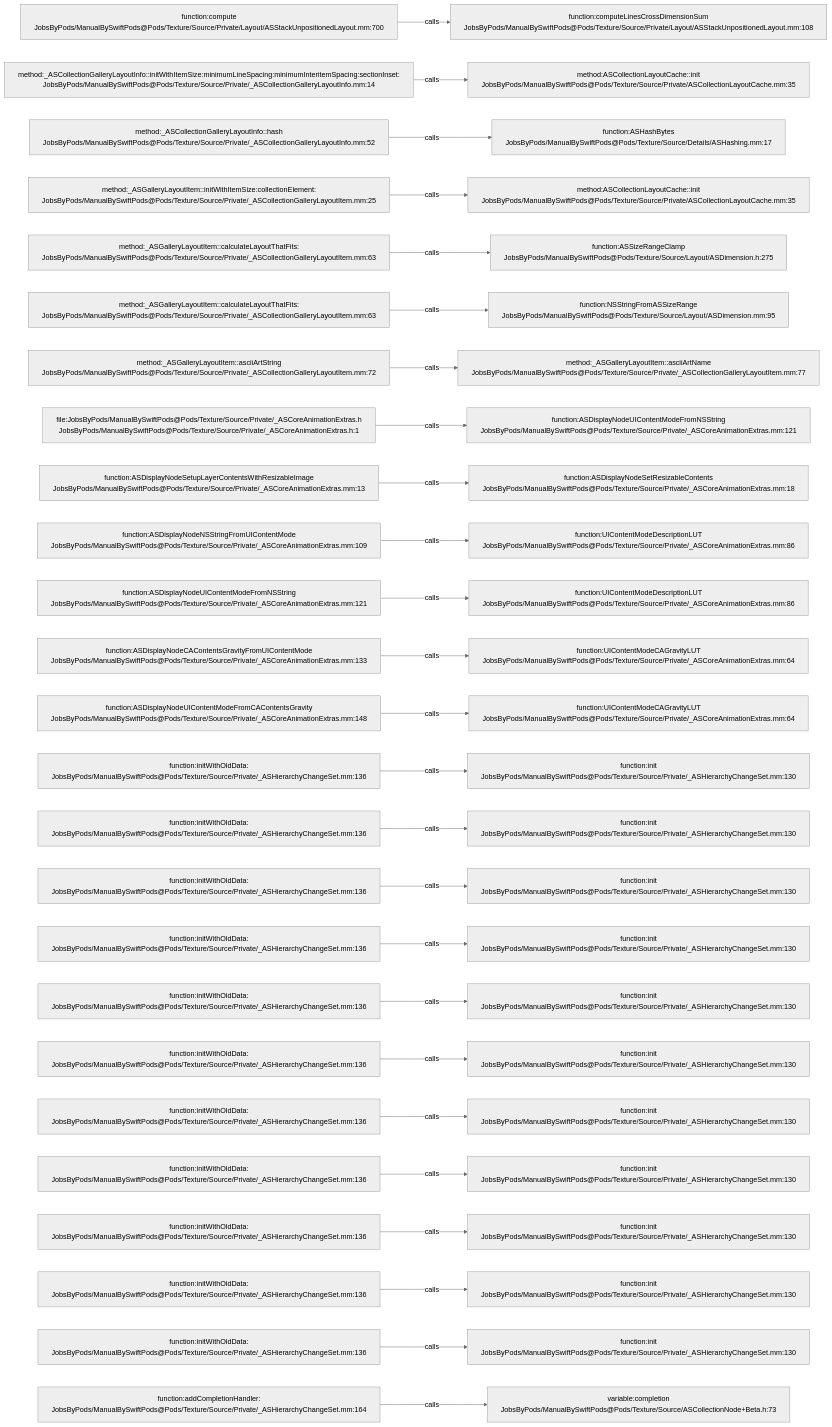
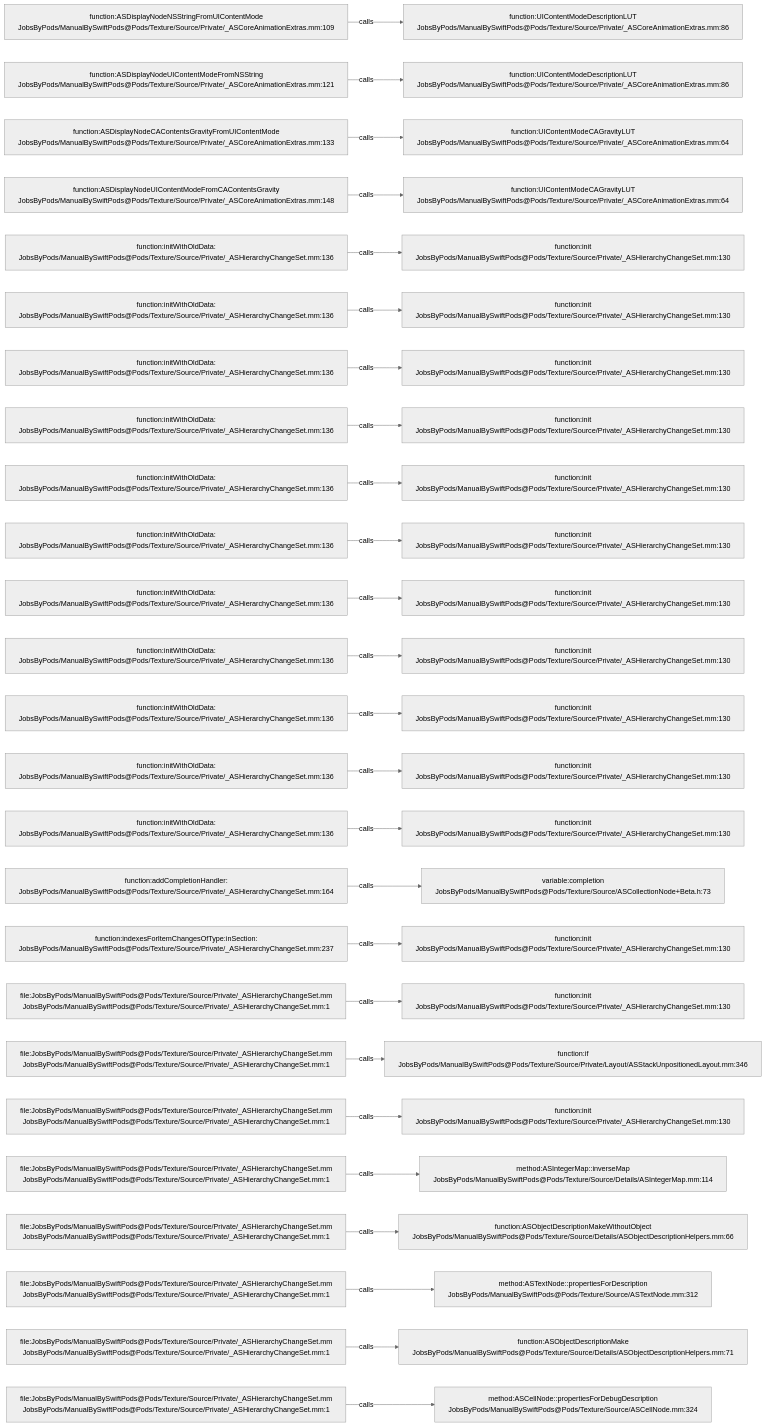
Before and after one commit to JobsKits/JobsSwiftBaseConfigDemo: the diagram in .codegraph/codegraph.md/graphs/calls-128.md, drawn with Mermaid (neutral theme). The commit also changed 707 other files, not shown here.

````diff
--- a/.codegraph/codegraph.md/graphs/calls-128.md
+++ b/.codegraph/codegraph.md/graphs/calls-128.md
@@ -13,78 +13,78 @@
 ```mermaid
 flowchart LR
-  S1["function:compute<br/>JobsByPods/ManualBySwiftPods@Pods/Texture/Source/Private/Layout/ASStackUnpositionedLayout.mm:700"]
-  T1["function:computeLinesCrossDimensionSum<br/>JobsByPods/ManualBySwiftPods@Pods/Texture/Source/Private/Layout/ASStackUnpositionedLayout.mm:108"]
+  S1["function:ASDisplayNodeNSStringFromUIContentMode<br/>JobsByPods/ManualBySwiftPods@Pods/Texture/Source/Private/_ASCoreAnimationExtras.mm:109"]
+  T1["function:UIContentModeDescriptionLUT<br/>JobsByPods/ManualBySwiftPods@Pods/Texture/Source/Private/_ASCoreAnimationExtras.mm:86"]
   S1 -->|calls| T1
-  S2["method:_ASCollectionGalleryLayoutInfo::initWithItemSize:minimumLineSpacing:minimumInteritemSpacing:sectionInset:<br/>JobsByPods/ManualBySwiftPods@Pods/Texture/Source/Private/_ASCollectionGalleryLayoutInfo.mm:14"]
-  T2["method:ASCollectionLayoutCache::init<br/>JobsByPods/ManualBySwiftPods@Pods/Texture/Source/Private/ASCollectionLayoutCache.mm:35"]
+  S2["function:ASDisplayNodeUIContentModeFromNSString<br/>JobsByPods/ManualBySwiftPods@Pods/Texture/Source/Private/_ASCoreAnimationExtras.mm:121"]
+  T2["function:UIContentModeDescriptionLUT<br/>JobsByPods/ManualBySwiftPods@Pods/Texture/Source/Private/_ASCoreAnimationExtras.mm:86"]
   S2 -->|calls| T2
-  S3["method:_ASCollectionGalleryLayoutInfo::hash<br/>JobsByPods/ManualBySwiftPods@Pods/Texture/Source/Private/_ASCollectionGalleryLayoutInfo.mm:52"]
-  T3["function:ASHashBytes<br/>JobsByPods/ManualBySwiftPods@Pods/Texture/Source/Details/ASHashing.mm:17"]
+  S3["function:ASDisplayNodeCAContentsGravityFromUIContentMode<br/>JobsByPods/ManualBySwiftPods@Pods/Texture/Source/Private/_ASCoreAnimationExtras.mm:133"]
+  T3["function:UIContentModeCAGravityLUT<br/>JobsByPods/ManualBySwiftPods@Pods/Texture/Source/Private/_ASCoreAnimationExtras.mm:64"]
   S3 -->|calls| T3
-  S4["method:_ASGalleryLayoutItem::initWithItemSize:collectionElement:<br/>JobsByPods/ManualBySwiftPods@Pods/Texture/Source/Private/_ASCollectionGalleryLayoutItem.mm:25"]
-  T4["method:ASCollectionLayoutCache::init<br/>JobsByPods/ManualBySwiftPods@Pods/Texture/Source/Private/ASCollectionLayoutCache.mm:35"]
+  S4["function:ASDisplayNodeUIContentModeFromCAContentsGravity<br/>JobsByPods/ManualBySwiftPods@Pods/Texture/Source/Private/_ASCoreAnimationExtras.mm:148"]
+  T4["function:UIContentModeCAGravityLUT<br/>JobsByPods/ManualBySwiftPods@Pods/Texture/Source/Private/_ASCoreAnimationExtras.mm:64"]
   S4 -->|calls| T4
-  S5["method:_ASGalleryLayoutItem::calculateLayoutThatFits:<br/>JobsByPods/ManualBySwiftPods@Pods/Texture/Source/Private/_ASCollectionGalleryLayoutItem.mm:63"]
-  T5["function:ASSizeRangeClamp<br/>JobsByPods/ManualBySwiftPods@Pods/Texture/Source/Layout/ASDimension.h:275"]
+  S5["function:initWithOldData:<br/>JobsByPods/ManualBySwiftPods@Pods/Texture/Source/Private/_ASHierarchyChangeSet.mm:136"]
+  T5["function:init<br/>JobsByPods/ManualBySwiftPods@Pods/Texture/Source/Private/_ASHierarchyChangeSet.mm:130"]
   S5 -->|calls| T5
-  S6["method:_ASGalleryLayoutItem::calculateLayoutThatFits:<br/>JobsByPods/ManualBySwiftPods@Pods/Texture/Source/Private/_ASCollectionGalleryLayoutItem.mm:63"]
-  T6["function:NSStringFromASSizeRange<br/>JobsByPods/ManualBySwiftPods@Pods/Texture/Source/Layout/ASDimension.mm:95"]
+  S6["function:initWithOldData:<br/>JobsByPods/ManualBySwiftPods@Pods/Texture/Source/Private/_ASHierarchyChangeSet.mm:136"]
+  T6["function:init<br/>JobsByPods/ManualBySwiftPods@Pods/Texture/Source/Private/_ASHierarchyChangeSet.mm:130"]
   S6 -->|calls| T6
-  S7["method:_ASGalleryLayoutItem::asciiArtString<br/>JobsByPods/ManualBySwiftPods@Pods/Texture/Source/Private/_ASCollectionGalleryLayoutItem.mm:72"]
-  T7["method:_ASGalleryLayoutItem::asciiArtName<br/>JobsByPods/ManualBySwiftPods@Pods/Texture/Source/Private/_ASCollectionGalleryLayoutItem.mm:77"]
+  S7["function:initWithOldData:<br/>JobsByPods/ManualBySwiftPods@Pods/Texture/Source/Private/_ASHierarchyChangeSet.mm:136"]
+  T7["function:init<br/>JobsByPods/ManualBySwiftPods@Pods/Texture/Source/Private/_ASHierarchyChangeSet.mm:130"]
   S7 -->|calls| T7
-  S8["file:JobsByPods/ManualBySwiftPods@Pods/Texture/Source/Private/_ASCoreAnimationExtras.h<br/>JobsByPods/ManualBySwiftPods@Pods/Texture/Source/Private/_ASCoreAnimationExtras.h:1"]
-  T8["function:ASDisplayNodeUIContentModeFromNSString<br/>JobsByPods/ManualBySwiftPods@Pods/Texture/Source/Private/_ASCoreAnimationExtras.mm:121"]
+  S8["function:initWithOldData:<br/>JobsByPods/ManualBySwiftPods@Pods/Texture/Source/Private/_ASHierarchyChangeSet.mm:136"]
+  T8["function:init<br/>JobsByPods/ManualBySwiftPods@Pods/Texture/Source/Private/_ASHierarchyChangeSet.mm:130"]
   S8 -->|calls| T8
-  S9["function:ASDisplayNodeSetupLayerContentsWithResizableImage<br/>JobsByPods/ManualBySwiftPods@Pods/Texture/Source/Private/_ASCoreAnimationExtras.mm:13"]
-  T9["function:ASDisplayNodeSetResizableContents<br/>JobsByPods/ManualBySwiftPods@Pods/Texture/Source/Private/_ASCoreAnimationExtras.mm:18"]
+  S9["function:initWithOldData:<br/>JobsByPods/ManualBySwiftPods@Pods/Texture/Source/Private/_ASHierarchyChangeSet.mm:136"]
+  T9["function:init<br/>JobsByPods/ManualBySwiftPods@Pods/Texture/Source/Private/_ASHierarchyChangeSet.mm:130"]
   S9 -->|calls| T9
-  S10["function:ASDisplayNodeNSStringFromUIContentMode<br/>JobsByPods/ManualBySwiftPods@Pods/Texture/Source/Private/_ASCoreAnimationExtras.mm:109"]
-  T10["function:UIContentModeDescriptionLUT<br/>JobsByPods/ManualBySwiftPods@Pods/Texture/Source/Private/_ASCoreAnimationExtras.mm:86"]
+  S10["function:initWithOldData:<br/>JobsByPods/ManualBySwiftPods@Pods/Texture/Source/Private/_ASHierarchyChangeSet.mm:136"]
+  T10["function:init<br/>JobsByPods/ManualBySwiftPods@Pods/Texture/Source/Private/_ASHierarchyChangeSet.mm:130"]
   S10 -->|calls| T10
-  S11["function:ASDisplayNodeUIContentModeFromNSString<br/>JobsByPods/ManualBySwiftPods@Pods/Texture/Source/Private/_ASCoreAnimationExtras.mm:121"]
-  T11["function:UIContentModeDescriptionLUT<br/>JobsByPods/ManualBySwiftPods@Pods/Texture/Source/Private/_ASCoreAnimationExtras.mm:86"]
+  S11["function:initWithOldData:<br/>JobsByPods/ManualBySwiftPods@Pods/Texture/Source/Private/_ASHierarchyChangeSet.mm:136"]
+  T11["function:init<br/>JobsByPods/ManualBySwiftPods@Pods/Texture/Source/Private/_ASHierarchyChangeSet.mm:130"]
   S11 -->|calls| T11
-  S12["function:ASDisplayNodeCAContentsGravityFromUIContentMode<br/>JobsByPods/ManualBySwiftPods@Pods/Texture/Source/Private/_ASCoreAnimationExtras.mm:133"]
-  T12["function:UIContentModeCAGravityLUT<br/>JobsByPods/ManualBySwiftPods@Pods/Texture/Source/Private/_ASCoreAnimationExtras.mm:64"]
+  S12["function:initWithOldData:<br/>JobsByPods/ManualBySwiftPods@Pods/Texture/Source/Private/_ASHierarchyChangeSet.mm:136"]
+  T12["function:init<br/>JobsByPods/ManualBySwiftPods@Pods/Texture/Source/Private/_ASHierarchyChangeSet.mm:130"]
   S12 -->|calls| T12
-  S13["function:ASDisplayNodeUIContentModeFromCAContentsGravity<br/>JobsByPods/ManualBySwiftPods@Pods/Texture/Source/Private/_ASCoreAnimationExtras.mm:148"]
-  T13["function:UIContentModeCAGravityLUT<br/>JobsByPods/ManualBySwiftPods@Pods/Texture/Source/Private/_ASCoreAnimationExtras.mm:64"]
+  S13["function:initWithOldData:<br/>JobsByPods/ManualBySwiftPods@Pods/Texture/Source/Private/_ASHierarchyChangeSet.mm:136"]
+  T13["function:init<br/>JobsByPods/ManualBySwiftPods@Pods/Texture/Source/Private/_ASHierarchyChangeSet.mm:130"]
   S13 -->|calls| T13
   S14["function:initWithOldData:<br/>JobsByPods/ManualBySwiftPods@Pods/Texture/Source/Private/_ASHierarchyChangeSet.mm:136"]
   T14["function:init<br/>JobsByPods/ManualBySwiftPods@Pods/Texture/Source/Private/_ASHierarchyChangeSet.mm:130"]
   S14 -->|calls| T14
   S15["function:initWithOldData:<br/>JobsByPods/ManualBySwiftPods@Pods/Texture/Source/Private/_ASHierarchyChangeSet.mm:136"]
   T15["function:init<br/>JobsByPods/ManualBySwiftPods@Pods/Texture/Source/Private/_ASHierarchyChangeSet.mm:130"]
   S15 -->|calls| T15
-  S16["function:initWithOldData:<br/>JobsByPods/ManualBySwiftPods@Pods/Texture/Source/Private/_ASHierarchyChangeSet.mm:136"]
-  T16["function:init<br/>JobsByPods/ManualBySwiftPods@Pods/Texture/Source/Private/_ASHierarchyChangeSet.mm:130"]
+  S16["function:addCompletionHandler:<br/>JobsByPods/ManualBySwiftPods@Pods/Texture/Source/Private/_ASHierarchyChangeSet.mm:164"]
+  T16["variable:completion<br/>JobsByPods/ManualBySwiftPods@Pods/Texture/Source/ASCollectionNode+Beta.h:73"]
   S16 -->|calls| T16
-  S17["function:initWithOldData:<br/>JobsByPods/ManualBySwiftPods@Pods/Texture/Source/Private/_ASHierarchyChangeSet.mm:136"]
+  S17["function:indexesForItemChangesOfType:inSection:<br/>JobsByPods/ManualBySwiftPods@Pods/Texture/Source/Private/_ASHierarchyChangeSet.mm:237"]
   T17["function:init<br/>JobsByPods/ManualBySwiftPods@Pods/Texture/Source/Private/_ASHierarchyChangeSet.mm:130"]
   S17 -->|calls| T17
-  S18["function:initWithOldData:<br/>JobsByPods/ManualBySwiftPods@Pods/Texture/Source/Private/_ASHierarchyChangeSet.mm:136"]
+  S18["file:JobsByPods/ManualBySwiftPods@Pods/Texture/Source/Private/_ASHierarchyChangeSet.mm<br/>JobsByPods/ManualBySwiftPods@Pods/Texture/Source/Private/_ASHierarchyChangeSet.mm:1"]
   T18["function:init<br/>JobsByPods/ManualBySwiftPods@Pods/Texture/Source/Private/_ASHierarchyChangeSet.mm:130"]
   S18 -->|calls| T18
-  S19["function:initWithOldData:<br/>JobsByPods/ManualBySwiftPods@Pods/Texture/Source/Private/_ASHierarchyChangeSet.mm:136"]
-  T19["function:init<br/>JobsByPods/ManualBySwiftPods@Pods/Texture/Source/Private/_ASHierarchyChangeSet.mm:130"]
+  S19["file:JobsByPods/ManualBySwiftPods@Pods/Texture/Source/Private/_ASHierarchyChangeSet.mm<br/>JobsByPods/ManualBySwiftPods@Pods/Texture/Source/Private/_ASHierarchyChangeSet.mm:1"]
+  T19["function:if<br/>JobsByPods/ManualBySwiftPods@Pods/Texture/Source/Private/Layout/ASStackUnpositionedLayout.mm:346"]
   S19 -->|calls| T19
-  S20["function:initWithOldData:<br/>JobsByPods/ManualBySwiftPods@Pods/Texture/Source/Private/_ASHierarchyChangeSet.mm:136"]
+  S20["file:JobsByPods/ManualBySwiftPods@Pods/Texture/Source/Private/_ASHierarchyChangeSet.mm<br/>JobsByPods/ManualBySwiftPods@Pods/Texture/Source/Private/_ASHierarchyChangeSet.mm:1"]
   T20["function:init<br/>JobsByPods/ManualBySwiftPods@Pods/Texture/Source/Private/_ASHierarchyChangeSet.mm:130"]
   S20 -->|calls| T20
-  S21["function:initWithOldData:<br/>JobsByPods/ManualBySwiftPods@Pods/Texture/Source/Private/_ASHierarchyChangeSet.mm:136"]
-  T21["function:init<br/>JobsByPods/ManualBySwiftPods@Pods/Texture/Source/Private/_ASHierarchyChangeSet.mm:130"]
+  S21["file:JobsByPods/ManualBySwiftPods@Pods/Texture/Source/Private/_ASHierarchyChangeSet.mm<br/>JobsByPods/ManualBySwiftPods@Pods/Texture/Source/Private/_ASHierarchyChangeSet.mm:1"]
+  T21["method:ASIntegerMap::inverseMap<br/>JobsByPods/ManualBySwiftPods@Pods/Texture/Source/Details/ASIntegerMap.mm:114"]
   S21 -->|calls| T21
-  S22["function:initWithOldData:<br/>JobsByPods/ManualBySwiftPods@Pods/Texture/Source/Private/_ASHierarchyChangeSet.mm:136"]
-  T22["function:init<br/>JobsByPods/ManualBySwiftPods@Pods/Texture/Source/Private/_ASHierarchyChangeSet.mm:130"]
+  S22["file:JobsByPods/ManualBySwiftPods@Pods/Texture/Source/Private/_ASHierarchyChangeSet.mm<br/>JobsByPods/ManualBySwiftPods@Pods/Texture/Source/Private/_ASHierarchyChangeSet.mm:1"]
+  T22["function:ASObjectDescriptionMakeWithoutObject<br/>JobsByPods/ManualBySwiftPods@Pods/Texture/Source/Details/ASObjectDescriptionHelpers.mm:66"]
   S22 -->|calls| T22
-  S23["function:initWithOldData:<br/>JobsByPods/ManualBySwiftPods@Pods/Texture/Source/Private/_ASHierarchyChangeSet.mm:136"]
-  T23["function:init<br/>JobsByPods/ManualBySwiftPods@Pods/Texture/Source/Private/_ASHierarchyChangeSet.mm:130"]
+  S23["file:JobsByPods/ManualBySwiftPods@Pods/Texture/Source/Private/_ASHierarchyChangeSet.mm<br/>JobsByPods/ManualBySwiftPods@Pods/Texture/Source/Private/_ASHierarchyChangeSet.mm:1"]
+  T23["method:ASTextNode::propertiesForDescription<br/>JobsByPods/ManualBySwiftPods@Pods/Texture/Source/ASTextNode.mm:312"]
   S23 -->|calls| T23
-  S24["function:initWithOldData:<br/>JobsByPods/ManualBySwiftPods@Pods/Texture/Source/Private/_ASHierarchyChangeSet.mm:136"]
-  T24["function:init<br/>JobsByPods/ManualBySwiftPods@Pods/Texture/Source/Private/_ASHierarchyChangeSet.mm:130"]
+  S24["file:JobsByPods/ManualBySwiftPods@Pods/Texture/Source/Private/_ASHierarchyChangeSet.mm<br/>JobsByPods/ManualBySwiftPods@Pods/Texture/Source/Private/_ASHierarchyChangeSet.mm:1"]
+  T24["function:ASObjectDescriptionMake<br/>JobsByPods/ManualBySwiftPods@Pods/Texture/Source/Details/ASObjectDescriptionHelpers.mm:71"]
   S24 -->|calls| T24
-  S25["function:addCompletionHandler:<br/>JobsByPods/ManualBySwiftPods@Pods/Texture/Source/Private/_ASHierarchyChangeSet.mm:164"]
-  T25["variable:completion<br/>JobsByPods/ManualBySwiftPods@Pods/Texture/Source/ASCollectionNode+Beta.h:73"]
+  S25["file:JobsByPods/ManualBySwiftPods@Pods/Texture/Source/Private/_ASHierarchyChangeSet.mm<br/>JobsByPods/ManualBySwiftPods@Pods/Texture/Source/Private/_ASHierarchyChangeSet.mm:1"]
+  T25["method:ASCellNode::propertiesForDebugDescription<br/>JobsByPods/ManualBySwiftPods@Pods/Texture/Source/ASCellNode.mm:324"]
   S25 -->|calls| T25
 ```
````
